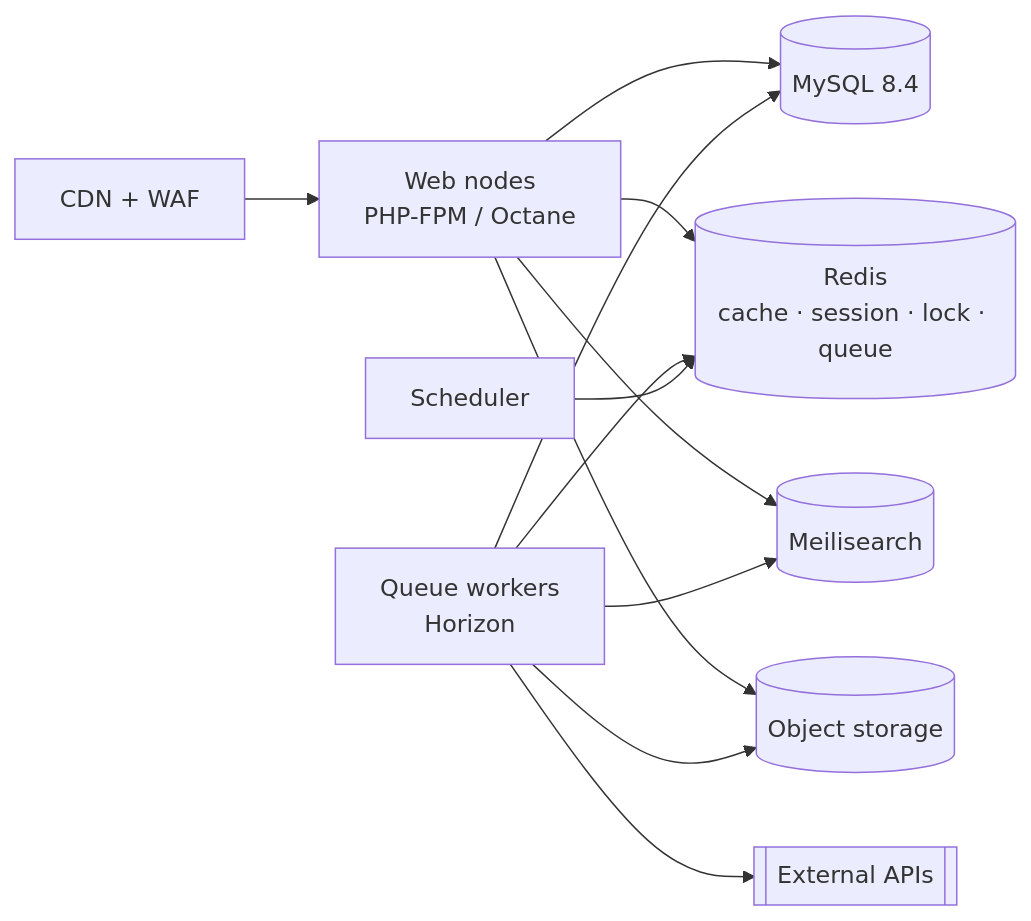
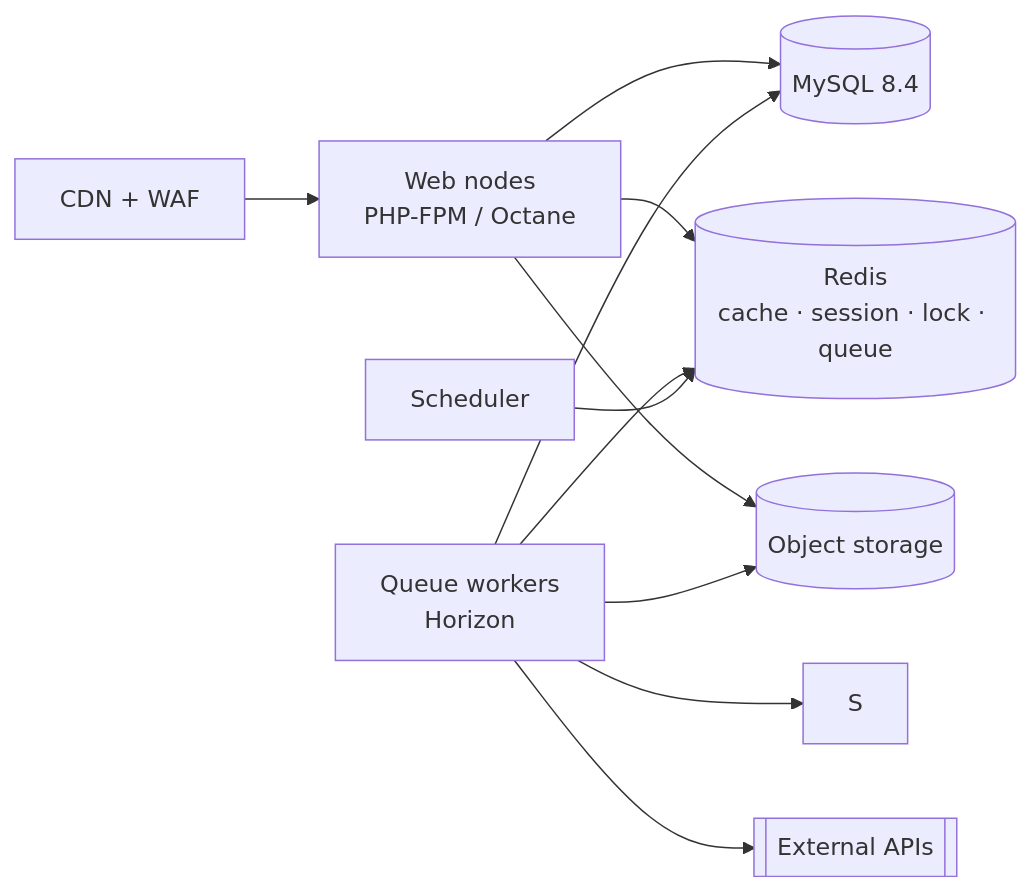
One commit to ptdat97/vanishop changed the second of 3 diagrams in docs/02-architecture/overview.md. Above: the diagram before and after it, drawn with Mermaid. The commit also changed other lines of this file and 44 other files, not shown here.

````diff
--- a/docs/02-architecture/overview.md
+++ b/docs/02-architecture/overview.md
@@ -49,11 +49,10 @@
 ```mermaid
 flowchart LR
     CDN[CDN + WAF] --> WEB[Web nodes<br/>PHP-FPM / Octane]
     WEB --> DB[(MySQL 8.4)]
     WEB --> R[(Redis<br/>cache · session · lock · queue)]
-    WEB --> S[(Meilisearch)]
     WEB --> OBJ[(Object storage)]
     WK[Queue workers<br/>Horizon] --> DB & R & S & OBJ
     WK --> EXT[[External APIs]]
     SCH[Scheduler] --> R
 ```
````
